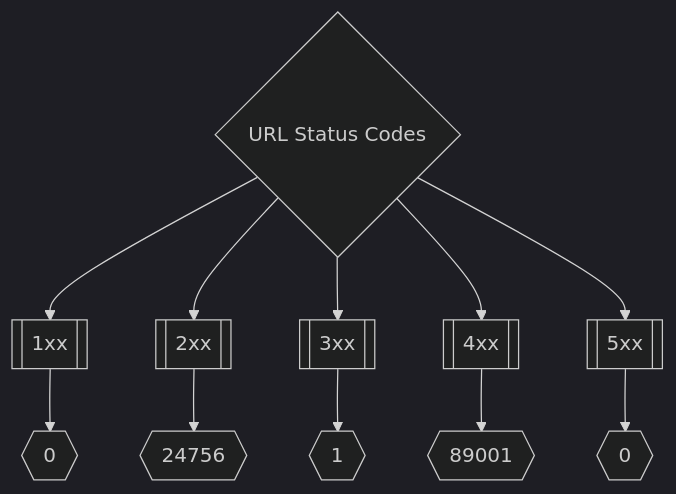
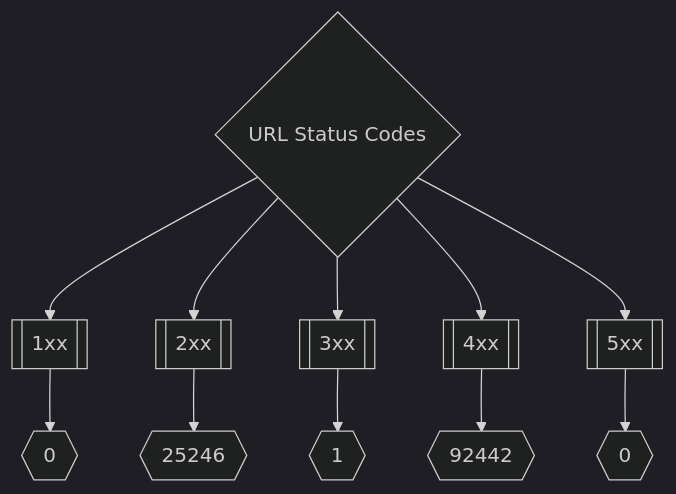
Before and after one commit to trickest/inventory: the second of 3 diagrams in README.md, drawn with Mermaid (dark theme). The commit also changed other lines of this file and 100 other files, not shown here.

````diff
--- a/README.md
+++ b/README.md
@@ -173,8 +173,8 @@
 ```mermaid
 graph TD
 title{URL Status Codes} --> 1xx[[1xx]] --> status1xxNum{{0}}
-title --> 2xx[[2xx]] --> status2xxNum{{24756}}
+title --> 2xx[[2xx]] --> status2xxNum{{25246}}
 title --> 3xx[[3xx]] --> status3xxNum{{1}}
-title --> 4xx[[4xx]] --> status4xxNum{{89001}}
+title --> 4xx[[4xx]] --> status4xxNum{{92442}}
 title --> 5xx[[5xx]] --> status5xxNum{{0}}
 ```
````
